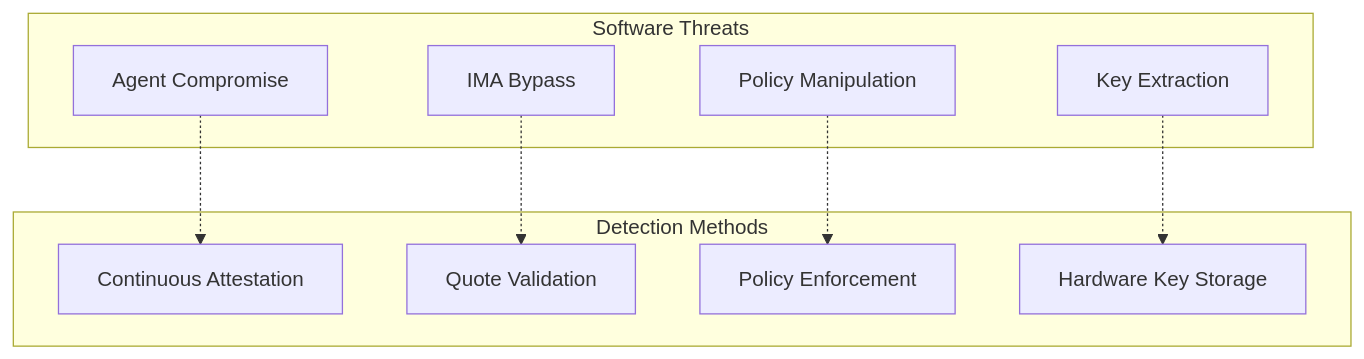
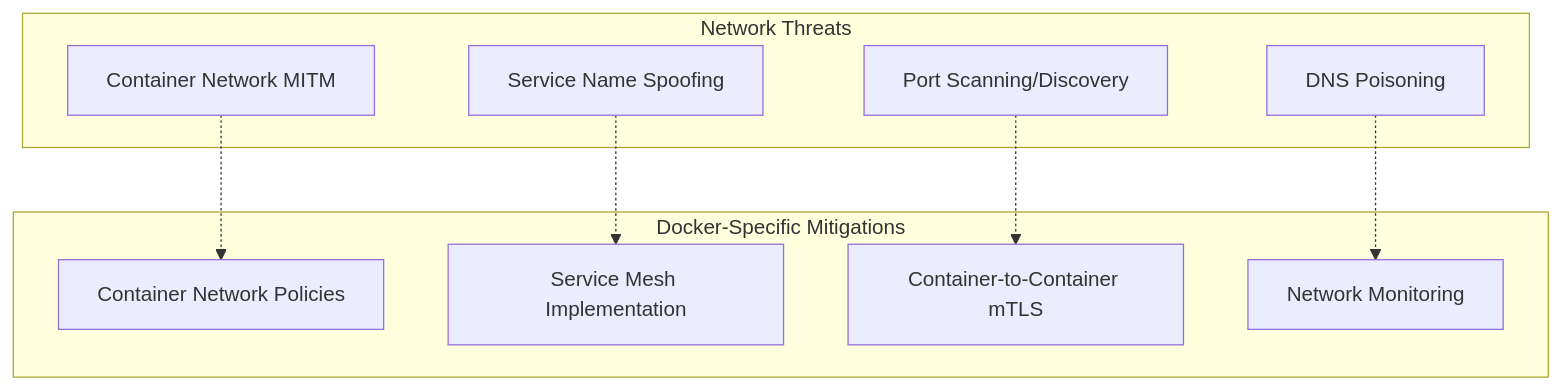
Before and after one commit to keylime/keylime: diagram 14 of 14 in Keylime Info/KEYLIME_ARCHITECTURE_DIAGRAMS.md, drawn with Mermaid. The commit also changed other lines of this file and 6 other files, not shown here.

````diff
--- a/Keylime Info/KEYLIME_ARCHITECTURE_DIAGRAMS.md
+++ b/Keylime Info/KEYLIME_ARCHITECTURE_DIAGRAMS.md
@@ -455,21 +629,21 @@
 ```mermaid
 graph TB
-    subgraph "Software Threats"
-        A[Agent Compromise]
-        B[IMA Bypass]
-        C[Policy Manipulation]
-        D[Key Extraction]
+    subgraph "Network Threats"
+        A[Container Network MITM]
+        B[Service Name Spoofing]
+        C[Port Scanning/Discovery]
+        D[DNS Poisoning]
     end
     
-    subgraph "Detection Methods"
-        E[Continuous Attestation]
-        F[Quote Validation]
-        G[Policy Enforcement]
-        H[Hardware Key Storage]
+    subgraph "Docker-Specific Mitigations"
+        E[Container Network Policies]
+        F[Service Mesh Implementation]
+        G[Container-to-Container mTLS]
+        H[Network Monitoring]
     end
     
     A -.-> E
     B -.-> F
     C -.-> G
     D -.-> H
 ```
````
